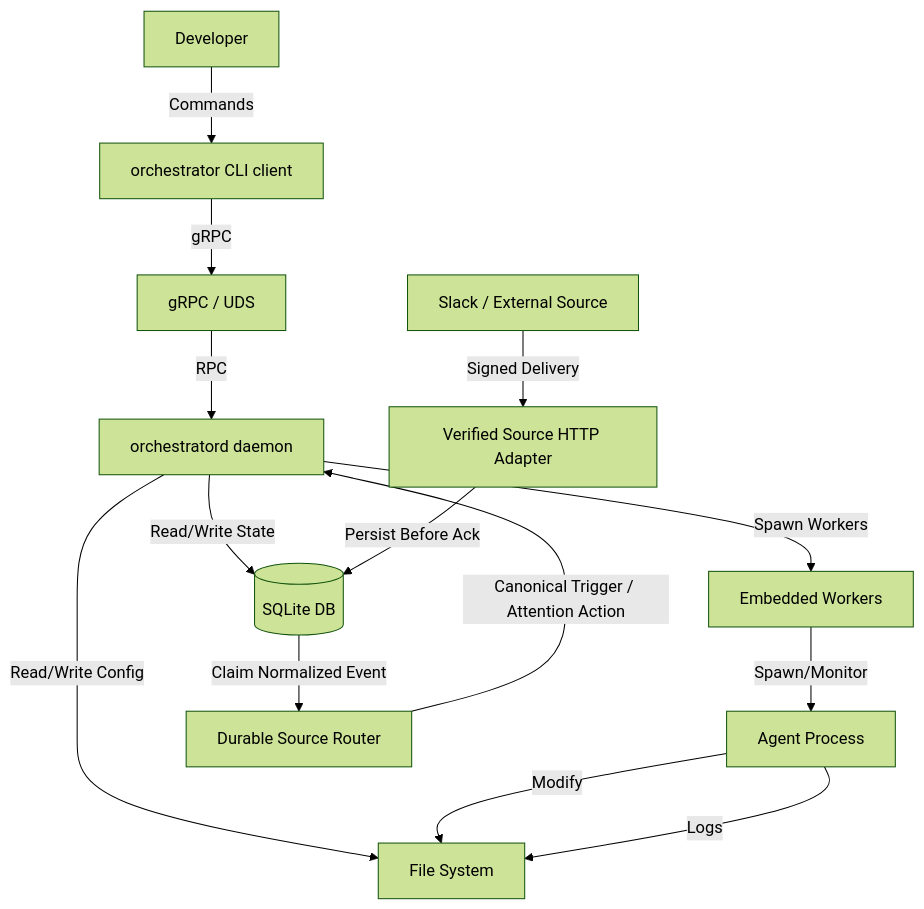
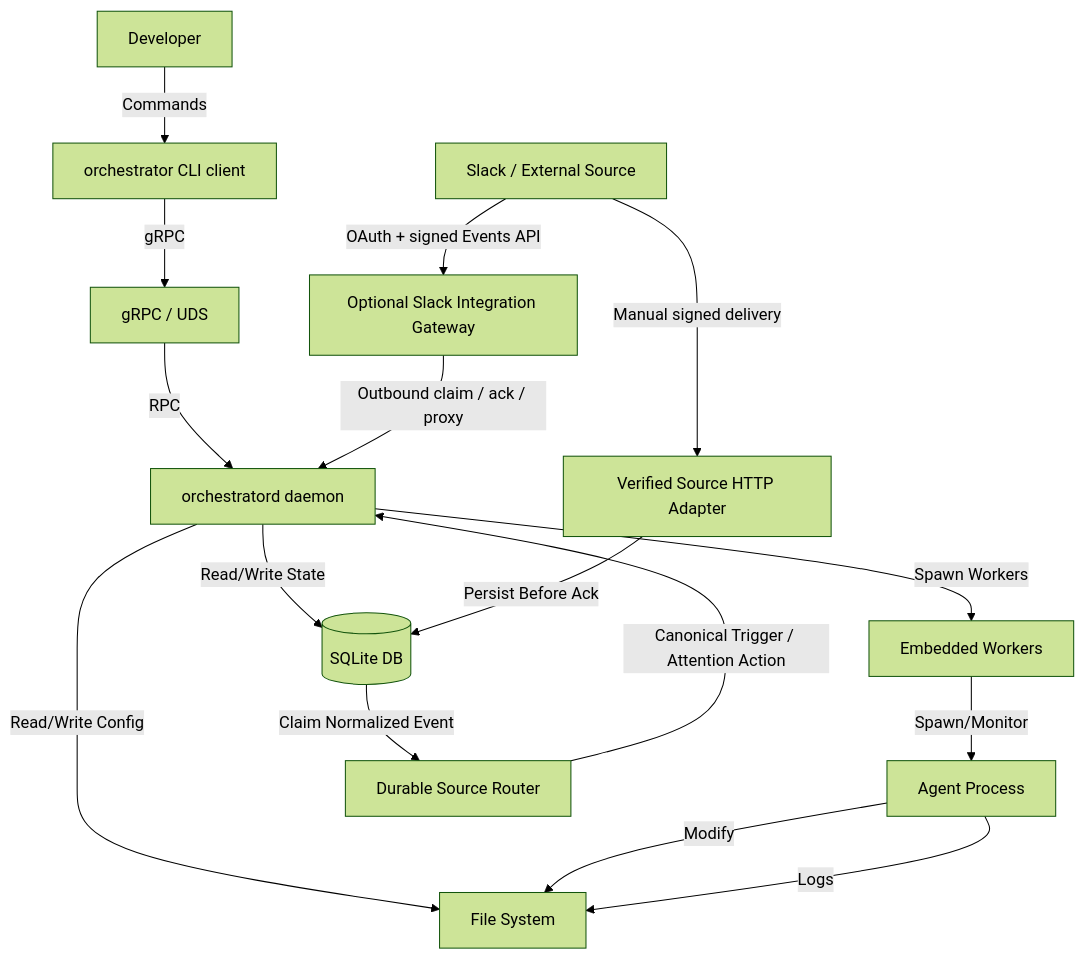
One commit to c9r-io/orchestrator changed the diagram in docs/architecture.md. Above: the diagram before and after it, drawn with Mermaid (forest theme). The commit also changed other lines of this file and 24 other files, not shown here.

````diff
--- a/docs/architecture.md
+++ b/docs/architecture.md
@@ -71,28 +72,31 @@
 ```mermaid
 flowchart TB
     User[Developer]
     CLIClient[orchestrator CLI client]
     Daemon[orchestratord daemon]
     GRPC[gRPC / UDS]
     Worker[Embedded Workers]
     DB[(SQLite DB)]
     FS[File System]
     Agent[Agent Process]
     ExternalSource[Slack / External Source]
     SourceHTTP[Verified Source HTTP Adapter]
     SourceRouter[Durable Source Router]
+    SlackGateway[Optional Slack Integration Gateway]
 
     User -->|Commands| CLIClient
     CLIClient -->|gRPC| GRPC
     GRPC -->|RPC| Daemon
     Daemon -->|Read/Write State| DB
     Daemon -->|Read/Write Config| FS
     Daemon -->|Spawn Workers| Worker
     Worker -->|Spawn/Monitor| Agent
     Agent -->|Modify| FS
     Agent -->|Logs| FS
-    ExternalSource -->|Signed Delivery| SourceHTTP
+    ExternalSource -->|Manual signed delivery| SourceHTTP
+    ExternalSource -->|OAuth + signed Events API| SlackGateway
+    SlackGateway -->|Outbound claim / ack / proxy| Daemon
     SourceHTTP -->|Persist Before Ack| DB
     DB -->|Claim Normalized Event| SourceRouter
     SourceRouter -->|Canonical Trigger / Attention Action| Daemon
 ```
````
